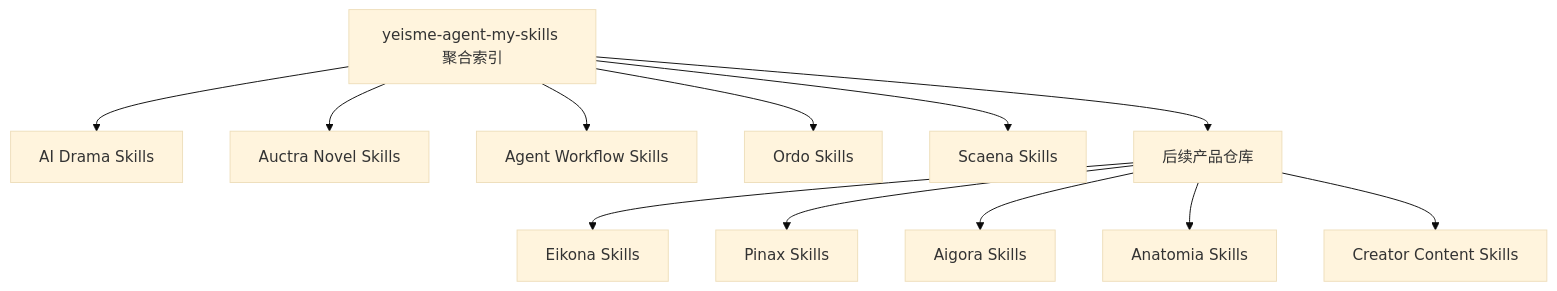
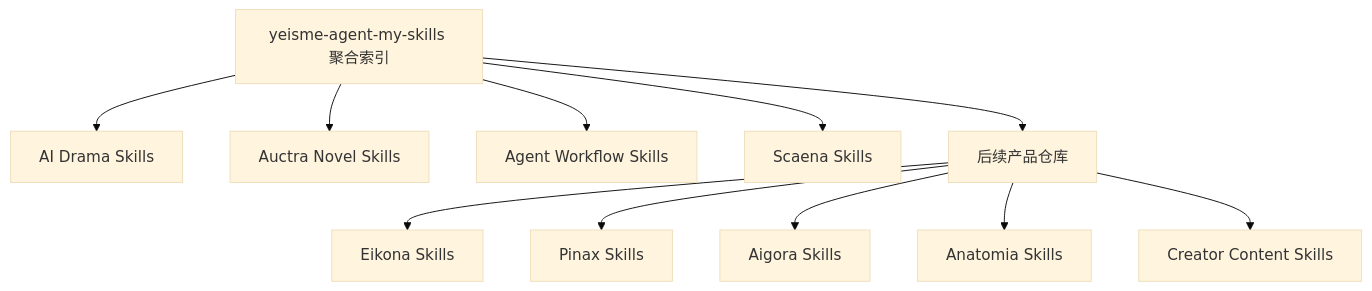
The diagram in docs/repository-split-roadmap.md (yeisme/yeisme-agent-my-skills), drawn with Mermaid (base theme) before and after one commit. The commit also changed other lines of this file and 22 other files, not shown here.

Commit message:
retire ordo: deregister ordo-skills submodule and remove executor references from skills source

````diff
--- a/docs/repository-split-roadmap.md
+++ b/docs/repository-split-roadmap.md
@@ -7,14 +7,13 @@
 ```mermaid
 flowchart TD
   A["yeisme-agent-my-skills 聚合索引"] --> B["AI Drama Skills"]
   A --> C["Auctra Novel Skills"]
   A --> D["Agent Workflow Skills"]
-  A --> E["Ordo Skills"]
   A --> F["Scaena Skills"]
   A --> G["后续产品仓库"]
   G --> H["Eikona Skills"]
   G --> I["Pinax Skills"]
   G --> J["Aigora Skills"]
   G --> K["Anatomia Skills"]
   G --> L["Creator Content Skills"]
 ```
````
